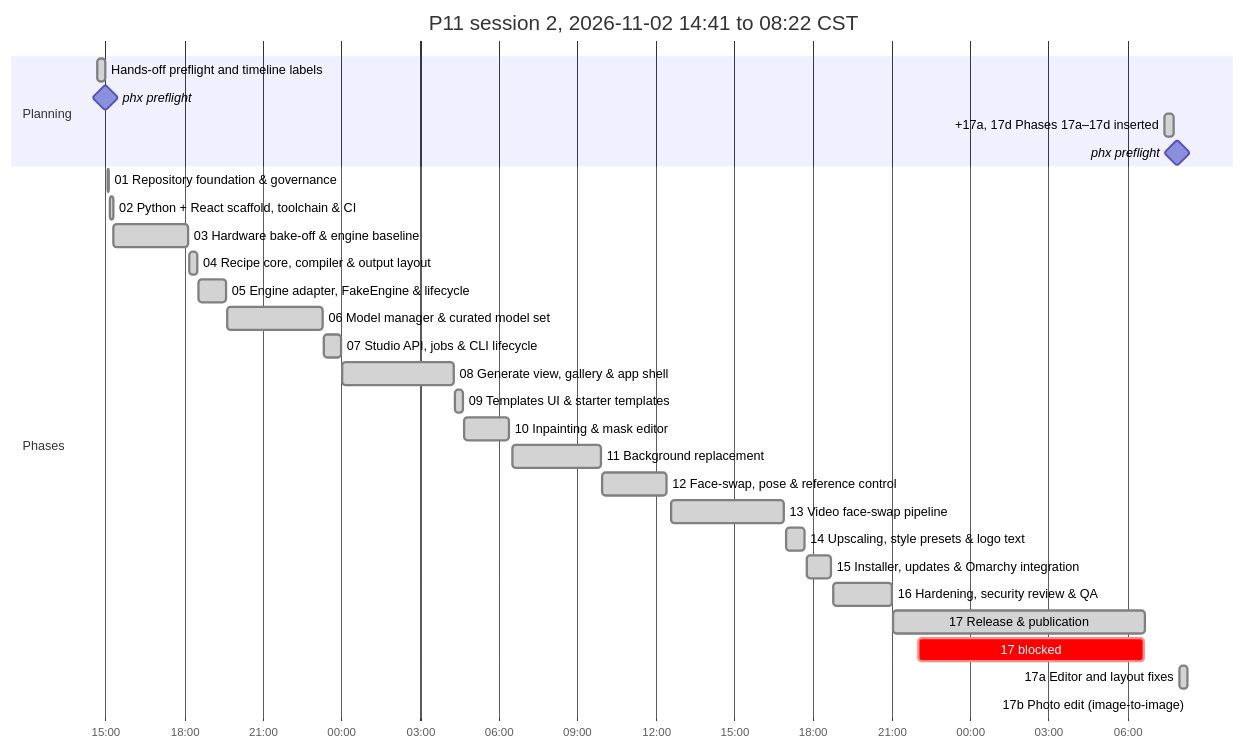
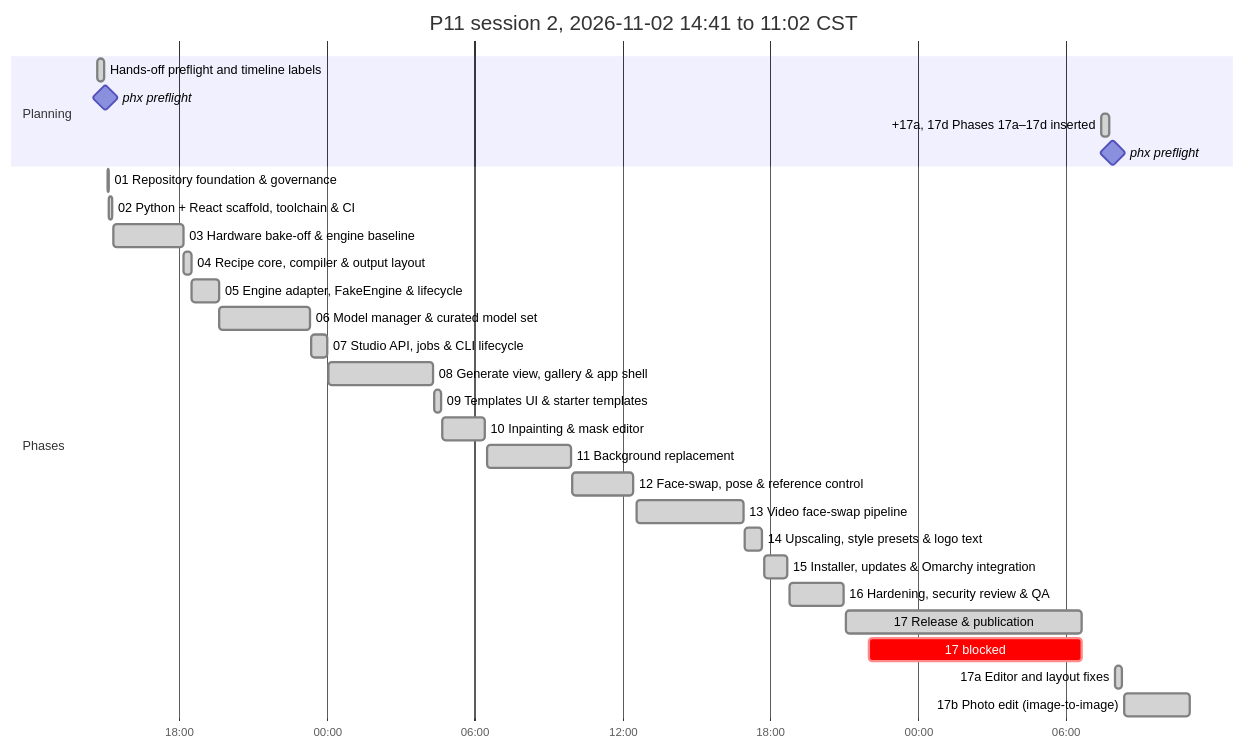
The second of 2 diagrams in P11_IMPLEMENTATION_PLAN.md (antonizick/project1111), drawn with Mermaid before and after one commit. The commit also changed other lines of this file and 2 other files, not shown here.

Commit message:
docs(plan): refresh timeline

````diff
--- a/P11_IMPLEMENTATION_PLAN.md
+++ b/P11_IMPLEMENTATION_PLAN.md
@@ -79,32 +79,32 @@
 ```mermaid
 gantt
-    title P11 session 2, 2026-11-02 14:41 to 08:22 CST
+    title P11 session 2, 2026-11-02 14:41 to 11:02 CST
     dateFormat YYYY-MM-DD HH:mm
     axisFormat %H:%M
     section Planning
     Hands-off preflight and timeline labels :done, plan3, 2026-11-02 14:41, 2026-11-02 14:59
     phx preflight :milestone, pf13ee0d5, 2026-11-02 15:00, 0m
     +17a, 17d Phases 17a–17d inserted :done, plan4, 2026-11-04 07:25, 2026-11-04 07:47
     phx preflight :milestone, pf19ebe39, 2026-11-04 07:54, 0m
     section Phases
     01 Repository foundation & governance :done, p01s2, 2026-11-02 15:05, 2026-11-02 15:08
     02 Python + React scaffold, toolchain & CI :done, p02s2, 2026-11-02 15:09, 2026-11-02 15:18
     03 Hardware bake-off & engine baseline :done, p03s2, 2026-11-02 15:19, 2026-11-02 18:10
     04 Recipe core, compiler & output layout :done, p04s2, 2026-11-02 18:12, 2026-11-02 18:30
     05 Engine adapter, FakeEngine & lifecycle :done, p05s2, 2026-11-02 18:32, 2026-11-02 19:37
     06 Model manager & curated model set :done, p06s2, 2026-11-02 19:39, 2026-11-02 23:18
     07 Studio API, jobs & CLI lifecycle :done, p07s2, 2026-11-02 23:21, 2026-11-03 00:00
     08 Generate view, gallery & app shell :done, p08s2, 2026-11-03 00:03, 2026-11-03 04:18
     09 Templates UI & starter templates :done, p09s2, 2026-11-03 04:21, 2026-11-03 04:38
     10 Inpainting & mask editor :done, p10s2, 2026-11-03 04:41, 2026-11-03 06:25
     11 Background replacement :done, p11s2, 2026-11-03 06:31, 2026-11-03 09:55
     12 Face-swap, pose & reference control :done, p12s2, 2026-11-03 09:58, 2026-11-03 12:25
     13 Video face-swap pipeline :done, p13s2, 2026-11-03 12:34, 2026-11-03 16:54
     14 Upscaling, style presets & logo text :done, p14s2, 2026-11-03 16:58, 2026-11-03 17:41
     15 Installer, updates & Omarchy integration :done, p15s2, 2026-11-03 17:45, 2026-11-03 18:42
     16 Hardening, security review & QA :done, p16s2, 2026-11-03 18:46, 2026-11-03 21:00
     17 Release & publication :done, p17s2, 2026-11-03 21:04, 2026-11-04 06:39
     17 blocked :crit, p17w1s2, 2026-11-03 22:01, 2026-11-04 06:38
     17a Editor and layout fixes :done, p17as2, 2026-11-04 07:59, 2026-11-04 08:18
-    17b Photo edit (image-to-image) :active, p17bs2, 2026-11-04 08:22, 2026-11-04 08:23
+    17b Photo edit (image-to-image) :done, p17bs2, 2026-11-04 08:22, 2026-11-04 11:02
 ```
````
